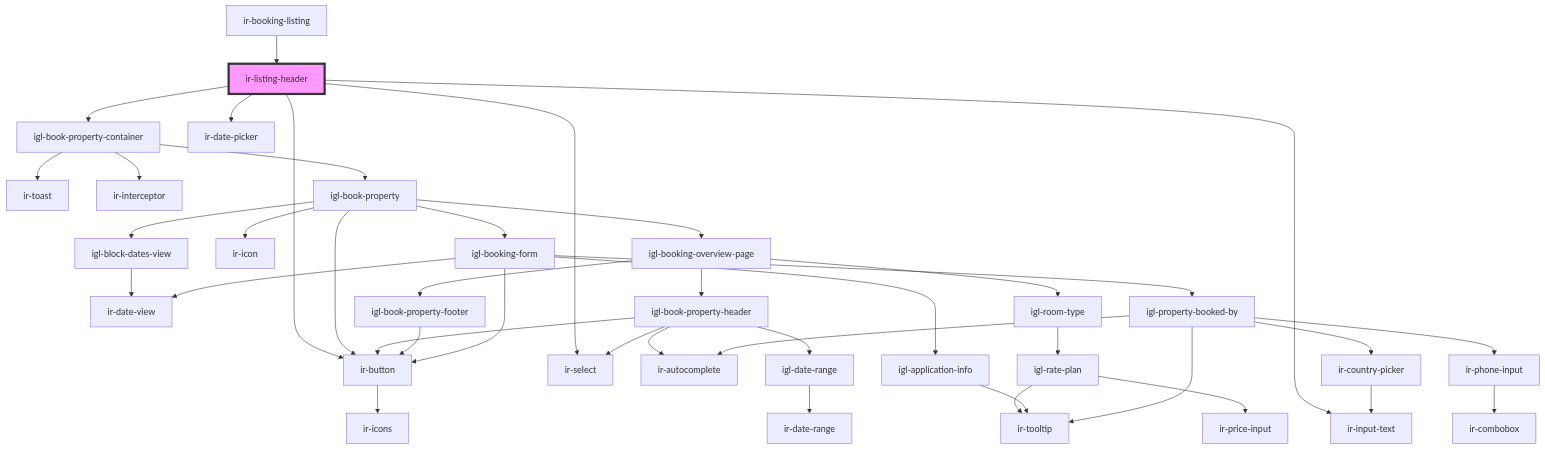
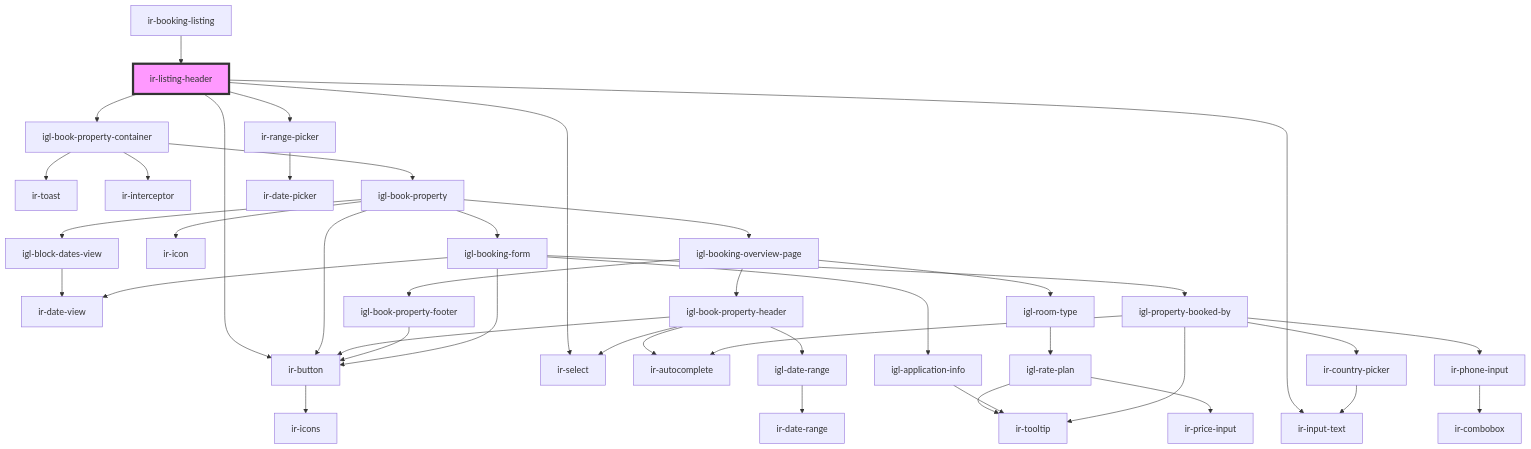
One commit to David1Chowaifaty/modified-ir-webcmp changed the diagram in src/components/ir-booking-listing/ir-listing-header/readme.md. Above: the diagram before and after it, drawn with Mermaid. The commit also changed other lines of this file and 8 other files, not shown here.

````diff
--- a/src/components/ir-booking-listing/ir-listing-header/readme.md
+++ b/src/components/ir-booking-listing/ir-listing-header/readme.md
@@ -39,43 +39,44 @@
 ```mermaid
 graph TD;
   ir-listing-header --> igl-book-property-container
   ir-listing-header --> ir-button
   ir-listing-header --> ir-input-text
   ir-listing-header --> ir-select
-  ir-listing-header --> ir-date-picker
+  ir-listing-header --> ir-range-picker
   igl-book-property-container --> ir-toast
   igl-book-property-container --> ir-interceptor
   igl-book-property-container --> igl-book-property
   igl-book-property --> igl-block-dates-view
   igl-book-property --> ir-button
   igl-book-property --> ir-icon
   igl-book-property --> igl-booking-overview-page
   igl-book-property --> igl-booking-form
   igl-block-dates-view --> ir-date-view
   ir-button --> ir-icons
   igl-booking-overview-page --> igl-book-property-header
   igl-booking-overview-page --> igl-room-type
   igl-booking-overview-page --> igl-book-property-footer
   igl-book-property-header --> ir-autocomplete
   igl-book-property-header --> ir-select
   igl-book-property-header --> ir-button
   igl-book-property-header --> igl-date-range
   igl-date-range --> ir-date-range
   igl-room-type --> igl-rate-plan
   igl-rate-plan --> ir-tooltip
   igl-rate-plan --> ir-price-input
   igl-book-property-footer --> ir-button
   igl-booking-form --> ir-date-view
   igl-booking-form --> igl-application-info
   igl-booking-form --> igl-property-booked-by
   igl-booking-form --> ir-button
   igl-application-info --> ir-tooltip
   igl-property-booked-by --> ir-autocomplete
   igl-property-booked-by --> ir-tooltip
   igl-property-booked-by --> ir-country-picker
   igl-property-booked-by --> ir-phone-input
   ir-country-picker --> ir-input-text
   ir-phone-input --> ir-combobox
+  ir-range-picker --> ir-date-picker
   ir-booking-listing --> ir-listing-header
   style ir-listing-header fill:#f9f,stroke:#333,stroke-width:4px
 ```
````
